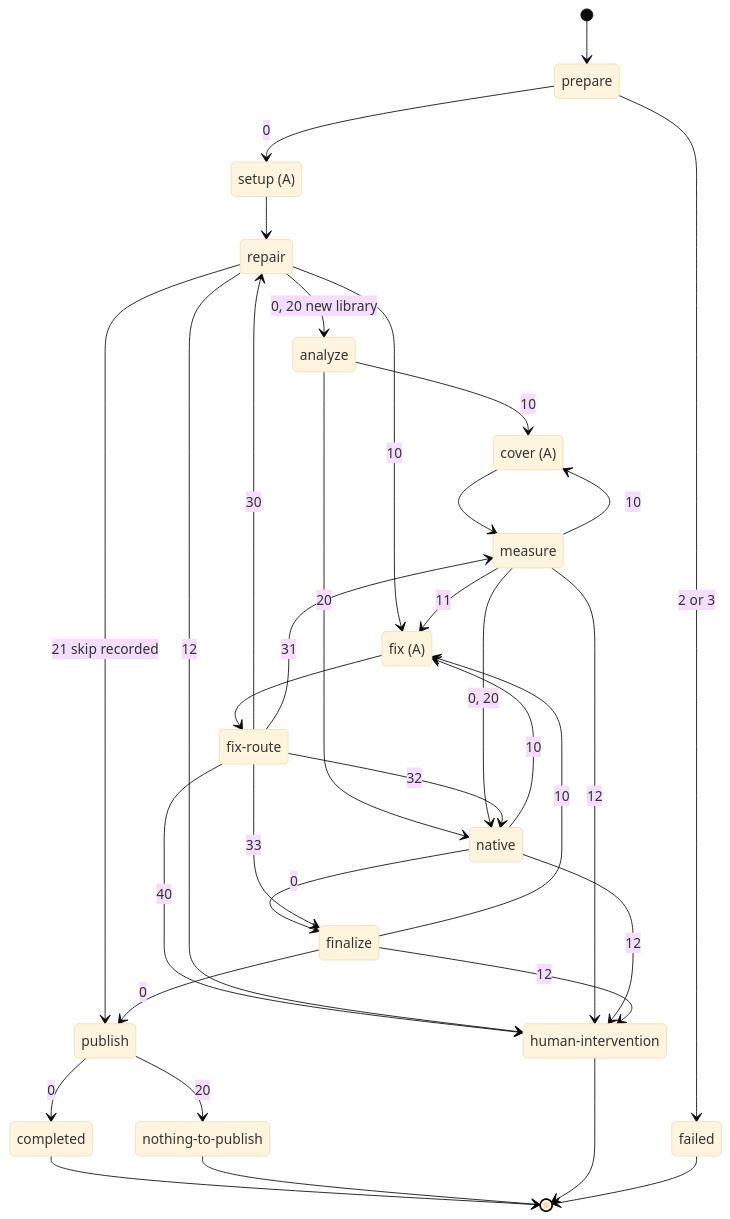
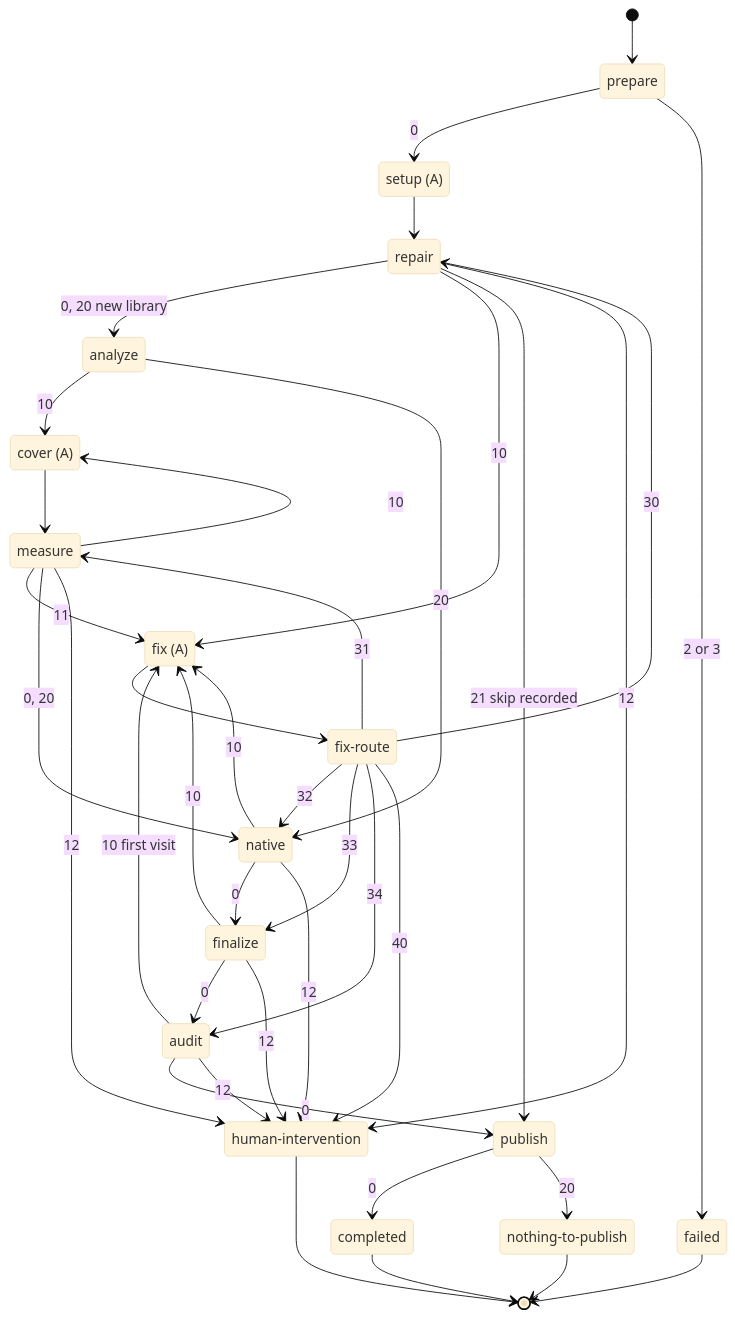
One commit to oracle/graalvm-reachability-metadata changed the diagram in forge/docs/architecture/workflow-pipeline.md. Above: the diagram before and after it, drawn with Mermaid (base theme). The commit also changed other lines of this file and 3 other files, not shown here.

````diff
--- a/forge/docs/architecture/workflow-pipeline.md
+++ b/forge/docs/architecture/workflow-pipeline.md
@@ -71,43 +71,47 @@
 ```mermaid
 stateDiagram-v2
     state "setup (A)" as setup
     state "cover (A)" as cover
     state "fix (A)" as fix
     state "fix-route" as route
     state "nothing-to-publish" as nothing
     state "human-intervention" as human
 
     [*] --> prepare
     prepare --> setup: 0
     prepare --> failed: 2 or 3
     setup --> repair
     repair --> analyze: 0, 20 new library
     repair --> fix: 10
     repair --> publish: 21 skip recorded
     analyze --> cover: 10
     analyze --> native: 20
     cover --> measure
     measure --> cover: 10
     measure --> fix: 11
     measure --> native: 0, 20
     native --> finalize: 0
     native --> fix: 10
-    finalize --> publish: 0
+    finalize --> audit: 0
     finalize --> fix: 10
+    audit --> fix: 10 first visit
+    audit --> publish: 0
     fix --> route
     route --> repair: 30
     route --> measure: 31
     route --> native: 32
     route --> finalize: 33
+    route --> audit: 34
     route --> human: 40
     repair --> human: 12
     measure --> human: 12
     native --> human: 12
     finalize --> human: 12
+    audit --> human: 12
     publish --> completed: 0
     publish --> nothing: 20
     completed --> [*]
     nothing --> [*]
     human --> [*]
     failed --> [*]
 ```
````
